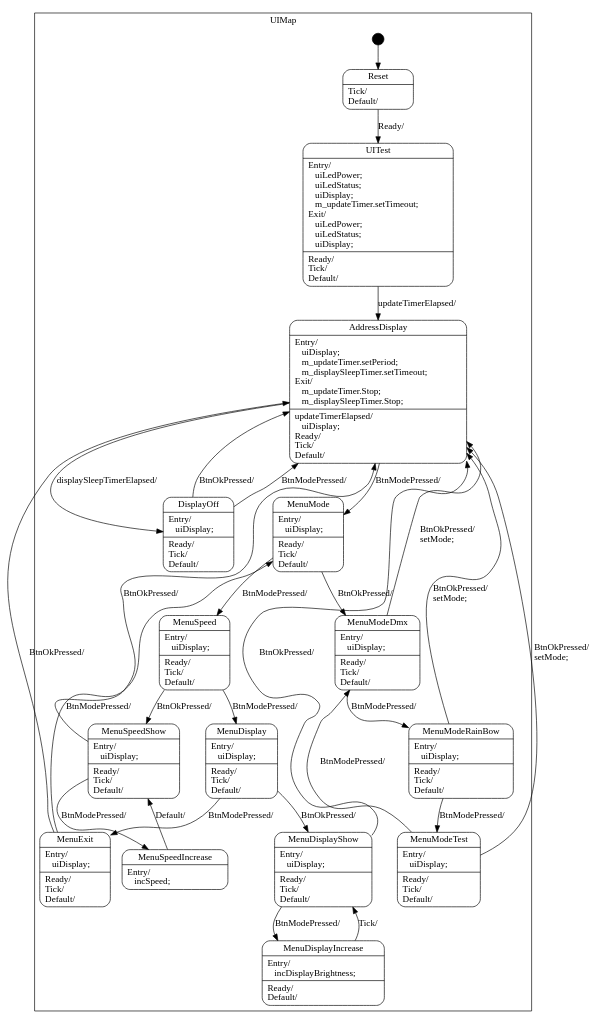
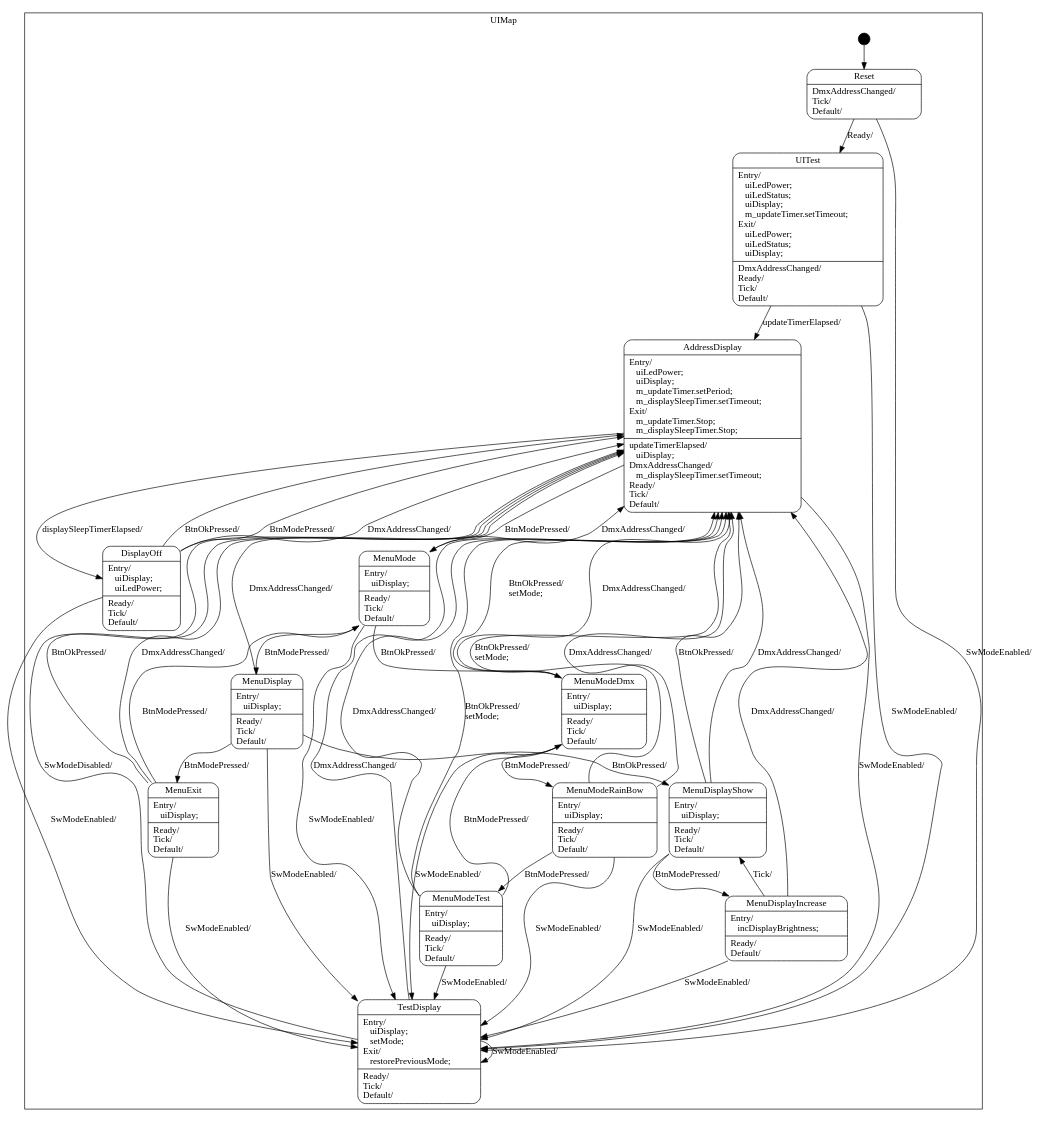
Before and after one commit to EmbeddedSystemClass/FootlooseLogoController: the diagram in SMC/UserInterfaceFSM.dot, drawn with Graphviz. The commit also changed 9 other files, not shown here.

Commit message:
Added UI states for test mode and wake up on dmx address change

```diff
--- a/SMC/UserInterfaceFSM.dot
+++ b/SMC/UserInterfaceFSM.dot
@@ -1,148 +1,198 @@
 digraph UserInterface {
 
     node
         [shape=Mrecord width=1.5];
 
     subgraph cluster_UIMap {
 
         label="UIMap";
 
         //
         // States (Nodes)
         //
 
         "UIMap::Reset"
-            [label="{Reset|Tick/\lDefault/\l}"];
+            [label="{Reset|DmxAddressChanged/\lTick/\lDefault/\l}"];
 
         "UIMap::UITest"
-            [label="{UITest|Entry/\l&nbsp;&nbsp;&nbsp;uiLedPower;\l&nbsp;&nbsp;&nbsp;uiLedStatus;\l&nbsp;&nbsp;&nbsp;uiDisplay;\l&nbsp;&nbsp;&nbsp;m_updateTimer.setTimeout;\lExit/\l&nbsp;&nbsp;&nbsp;uiLedPower;\l&nbsp;&nbsp;&nbsp;uiLedStatus;\l&nbsp;&nbsp;&nbsp;uiDisplay;\l|Ready/\lTick/\lDefault/\l}"];
+            [label="{UITest|Entry/\l&nbsp;&nbsp;&nbsp;uiLedPower;\l&nbsp;&nbsp;&nbsp;uiLedStatus;\l&nbsp;&nbsp;&nbsp;uiDisplay;\l&nbsp;&nbsp;&nbsp;m_updateTimer.setTimeout;\lExit/\l&nbsp;&nbsp;&nbsp;uiLedPower;\l&nbsp;&nbsp;&nbsp;uiLedStatus;\l&nbsp;&nbsp;&nbsp;uiDisplay;\l|DmxAddressChanged/\lReady/\lTick/\lDefault/\l}"];
 
         "UIMap::AddressDisplay"
-            [label="{AddressDisplay|Entry/\l&nbsp;&nbsp;&nbsp;uiDisplay;\l&nbsp;&nbsp;&nbsp;m_updateTimer.setPeriod;\l&nbsp;&nbsp;&nbsp;m_displaySleepTimer.setTimeout;\lExit/\l&nbsp;&nbsp;&nbsp;m_updateTimer.Stop;\l&nbsp;&nbsp;&nbsp;m_displaySleepTimer.Stop;\l|updateTimerElapsed/\l&nbsp;&nbsp;&nbsp;uiDisplay;\lReady/\lTick/\lDefault/\l}"];
+            [label="{AddressDisplay|Entry/\l&nbsp;&nbsp;&nbsp;uiLedPower;\l&nbsp;&nbsp;&nbsp;uiDisplay;\l&nbsp;&nbsp;&nbsp;m_updateTimer.setPeriod;\l&nbsp;&nbsp;&nbsp;m_displaySleepTimer.setTimeout;\lExit/\l&nbsp;&nbsp;&nbsp;m_updateTimer.Stop;\l&nbsp;&nbsp;&nbsp;m_displaySleepTimer.Stop;\l|updateTimerElapsed/\l&nbsp;&nbsp;&nbsp;uiDisplay;\lDmxAddressChanged/\l&nbsp;&nbsp;&nbsp;m_displaySleepTimer.setTimeout;\lReady/\lTick/\lDefault/\l}"];
 
         "UIMap::DisplayOff"
-            [label="{DisplayOff|Entry/\l&nbsp;&nbsp;&nbsp;uiDisplay;\l|Ready/\lTick/\lDefault/\l}"];
+            [label="{DisplayOff|Entry/\l&nbsp;&nbsp;&nbsp;uiDisplay;\l&nbsp;&nbsp;&nbsp;uiLedPower;\l|Ready/\lTick/\lDefault/\l}"];
+
+        "UIMap::TestDisplay"
+            [label="{TestDisplay|Entry/\l&nbsp;&nbsp;&nbsp;uiDisplay;\l&nbsp;&nbsp;&nbsp;setMode;\lExit/\l&nbsp;&nbsp;&nbsp;restorePreviousMode;\l|Ready/\lTick/\lDefault/\l}"];
 
         "UIMap::MenuMode"
             [label="{MenuMode|Entry/\l&nbsp;&nbsp;&nbsp;uiDisplay;\l|Ready/\lTick/\lDefault/\l}"];
-
-        "UIMap::MenuSpeed"
-            [label="{MenuSpeed|Entry/\l&nbsp;&nbsp;&nbsp;uiDisplay;\l|Ready/\lTick/\lDefault/\l}"];
 
         "UIMap::MenuDisplay"
             [label="{MenuDisplay|Entry/\l&nbsp;&nbsp;&nbsp;uiDisplay;\l|Ready/\lTick/\lDefault/\l}"];
 
         "UIMap::MenuExit"
             [label="{MenuExit|Entry/\l&nbsp;&nbsp;&nbsp;uiDisplay;\l|Ready/\lTick/\lDefault/\l}"];
 
         "UIMap::MenuModeDmx"
             [label="{MenuModeDmx|Entry/\l&nbsp;&nbsp;&nbsp;uiDisplay;\l|Ready/\lTick/\lDefault/\l}"];
 
         "UIMap::MenuModeRainBow"
             [label="{MenuModeRainBow|Entry/\l&nbsp;&nbsp;&nbsp;uiDisplay;\l|Ready/\lTick/\lDefault/\l}"];
 
         "UIMap::MenuModeTest"
             [label="{MenuModeTest|Entry/\l&nbsp;&nbsp;&nbsp;uiDisplay;\l|Ready/\lTick/\lDefault/\l}"];
 
-        "UIMap::MenuSpeedShow"
-            [label="{MenuSpeedShow|Entry/\l&nbsp;&nbsp;&nbsp;uiDisplay;\l|Ready/\lTick/\lDefault/\l}"];
-
-        "UIMap::MenuSpeedIncrease"
-            [label="{MenuSpeedIncrease|Entry/\l&nbsp;&nbsp;&nbsp;incSpeed;\l}"];
-
         "UIMap::MenuDisplayShow"
             [label="{MenuDisplayShow|Entry/\l&nbsp;&nbsp;&nbsp;uiDisplay;\l|Ready/\lTick/\lDefault/\l}"];
 
         "UIMap::MenuDisplayIncrease"
             [label="{MenuDisplayIncrease|Entry/\l&nbsp;&nbsp;&nbsp;incDisplayBrightness;\l|Ready/\lDefault/\l}"];
 
         "%start"
             [label="" shape=circle style=filled fillcolor=black width=0.25];
 
+        //
+        // Transitions (Edges)
+        //
+
+        "UIMap::Reset" -> "UIMap::UITest"
+            [label="Ready/\l"];
+
+        "UIMap::Reset" -> "UIMap::TestDisplay"
+            [label="SwModeEnabled/\l"];
+
+        "UIMap::UITest" -> "UIMap::AddressDisplay"
+            [label="updateTimerElapsed/\l"];
+
+        "UIMap::UITest" -> "UIMap::TestDisplay"
+            [label="SwModeEnabled/\l"];
+
+        "UIMap::AddressDisplay" -> "UIMap::DisplayOff"
+            [label="displaySleepTimerElapsed/\l"];
+
+        "UIMap::AddressDisplay" -> "UIMap::MenuMode"
+            [label="BtnModePressed/\l"];
+
+        "UIMap::AddressDisplay" -> "UIMap::TestDisplay"
+            [label="SwModeEnabled/\l"];
+
+        "UIMap::DisplayOff" -> "UIMap::AddressDisplay"
+            [label="BtnOkPressed/\l"];
+
+        "UIMap::DisplayOff" -> "UIMap::AddressDisplay"
+            [label="BtnModePressed/\l"];
+
+        "UIMap::DisplayOff" -> "UIMap::TestDisplay"
+            [label="SwModeEnabled/\l"];
+
+        "UIMap::DisplayOff" -> "UIMap::AddressDisplay"
+            [label="DmxAddressChanged/\l"];
+
+        "UIMap::TestDisplay" -> "UIMap::AddressDisplay"
+            [label="SwModeDisabled/\l"];
+
+        "UIMap::TestDisplay" -> "UIMap::TestDisplay"
+            [label="SwModeEnabled/\l"];
+
+        "UIMap::TestDisplay" -> "UIMap::AddressDisplay"
+            [label="DmxAddressChanged/\l"];
+
+        "UIMap::MenuMode" -> "UIMap::MenuModeDmx"
+            [label="BtnOkPressed/\l"];
+
+        "UIMap::MenuMode" -> "UIMap::MenuDisplay"
+            [label="BtnModePressed/\l"];
+
+        "UIMap::MenuMode" -> "UIMap::TestDisplay"
+            [label="SwModeEnabled/\l"];
+
+        "UIMap::MenuMode" -> "UIMap::AddressDisplay"
+            [label="DmxAddressChanged/\l"];
+
+        "UIMap::MenuDisplay" -> "UIMap::MenuDisplayShow"
+            [label="BtnOkPressed/\l"];
+
+        "UIMap::MenuDisplay" -> "UIMap::MenuExit"
+            [label="BtnModePressed/\l"];
+
+        "UIMap::MenuDisplay" -> "UIMap::TestDisplay"
+            [label="SwModeEnabled/\l"];
+
+        "UIMap::MenuDisplay" -> "UIMap::AddressDisplay"
+            [label="DmxAddressChanged/\l"];
+
+        "UIMap::MenuExit" -> "UIMap::AddressDisplay"
+            [label="BtnOkPressed/\l"];
+
+        "UIMap::MenuExit" -> "UIMap::MenuMode"
+            [label="BtnModePressed/\l"];
+
+        "UIMap::MenuExit" -> "UIMap::TestDisplay"
+            [label="SwModeEnabled/\l"];
+
+        "UIMap::MenuExit" -> "UIMap::AddressDisplay"
+            [label="DmxAddressChanged/\l"];
+
+        "UIMap::MenuModeDmx" -> "UIMap::MenuModeRainBow"
+            [label="BtnModePressed/\l"];
+
+        "UIMap::MenuModeDmx" -> "UIMap::AddressDisplay"
+            [label="BtnOkPressed/\lsetMode;\l"];
+
+        "UIMap::MenuModeDmx" -> "UIMap::TestDisplay"
+            [label="SwModeEnabled/\l"];
+
+        "UIMap::MenuModeDmx" -> "UIMap::AddressDisplay"
+            [label="DmxAddressChanged/\l"];
+
+        "UIMap::MenuModeRainBow" -> "UIMap::MenuModeTest"
+            [label="BtnModePressed/\l"];
+
+        "UIMap::MenuModeRainBow" -> "UIMap::AddressDisplay"
+            [label="BtnOkPressed/\lsetMode;\l"];
+
+        "UIMap::MenuModeRainBow" -> "UIMap::TestDisplay"
+            [label="SwModeEnabled/\l"];
+
+        "UIMap::MenuModeRainBow" -> "UIMap::AddressDisplay"
+            [label="DmxAddressChanged/\l"];
+
+        "UIMap::MenuModeTest" -> "UIMap::MenuModeDmx"
+            [label="BtnModePressed/\l"];
+
+        "UIMap::MenuModeTest" -> "UIMap::AddressDisplay"
+            [label="BtnOkPressed/\lsetMode;\l"];
+
+        "UIMap::MenuModeTest" -> "UIMap::TestDisplay"
+            [label="SwModeEnabled/\l"];
+
+        "UIMap::MenuModeTest" -> "UIMap::AddressDisplay"
+            [label="DmxAddressChanged/\l"];
+
+        "UIMap::MenuDisplayShow" -> "UIMap::MenuDisplayIncrease"
+            [label="BtnModePressed/\l"];
+
+        "UIMap::MenuDisplayShow" -> "UIMap::AddressDisplay"
+            [label="BtnOkPressed/\l"];
+
+        "UIMap::MenuDisplayShow" -> "UIMap::TestDisplay"
+            [label="SwModeEnabled/\l"];
+
+        "UIMap::MenuDisplayShow" -> "UIMap::AddressDisplay"
+            [label="DmxAddressChanged/\l"];
+
+        "UIMap::MenuDisplayIncrease" -> "UIMap::MenuDisplayShow"
+            [label="Tick/\l"];
+
+        "UIMap::MenuDisplayIncrease" -> "UIMap::TestDisplay"
+            [label="SwModeEnabled/\l"];
+
+        "UIMap::MenuDisplayIncrease" -> "UIMap::AddressDisplay"
+            [label="DmxAddressChanged/\l"];
+
+        "%start" -> "UIMap::Reset"
     }
 
-    //
-    // Transitions (Edges)
-    //
-
-    "UIMap::Reset" -> "UIMap::UITest"
-        [label="Ready/\l"];
-
-    "UIMap::UITest" -> "UIMap::AddressDisplay"
-        [label="updateTimerElapsed/\l"];
-
-    "UIMap::AddressDisplay" -> "UIMap::DisplayOff"
-        [label="displaySleepTimerElapsed/\l"];
-
-    "UIMap::AddressDisplay" -> "UIMap::MenuMode"
-        [label="BtnModePressed/\l"];
-
-    "UIMap::DisplayOff" -> "UIMap::AddressDisplay"
-        [label="BtnOkPressed/\l"];
-
-    "UIMap::DisplayOff" -> "UIMap::AddressDisplay"
-        [label="BtnModePressed/\l"];
-
-    "UIMap::MenuMode" -> "UIMap::MenuModeDmx"
-        [label="BtnOkPressed/\l"];
-
-    "UIMap::MenuMode" -> "UIMap::MenuSpeed"
-        [label="BtnModePressed/\l"];
-
-    "UIMap::MenuSpeed" -> "UIMap::MenuSpeedShow"
-        [label="BtnOkPressed/\l"];
-
-    "UIMap::MenuSpeed" -> "UIMap::MenuDisplay"
-        [label="BtnModePressed/\l"];
-
-    "UIMap::MenuDisplay" -> "UIMap::MenuDisplayShow"
-        [label="BtnOkPressed/\l"];
-
-    "UIMap::MenuDisplay" -> "UIMap::MenuExit"
-        [label="BtnModePressed/\l"];
-
-    "UIMap::MenuExit" -> "UIMap::AddressDisplay"
-        [label="BtnOkPressed/\l"];
-
-    "UIMap::MenuExit" -> "UIMap::MenuMode"
-        [label="BtnModePressed/\l"];
-
-    "UIMap::MenuModeDmx" -> "UIMap::MenuModeRainBow"
-        [label="BtnModePressed/\l"];
-
-    "UIMap::MenuModeDmx" -> "UIMap::AddressDisplay"
-        [label="BtnOkPressed/\lsetMode;\l"];
-
-    "UIMap::MenuModeRainBow" -> "UIMap::MenuModeTest"
-        [label="BtnModePressed/\l"];
-
-    "UIMap::MenuModeRainBow" -> "UIMap::AddressDisplay"
-        [label="BtnOkPressed/\lsetMode;\l"];
-
-    "UIMap::MenuModeTest" -> "UIMap::MenuModeDmx"
-        [label="BtnModePressed/\l"];
-
-    "UIMap::MenuModeTest" -> "UIMap::AddressDisplay"
-        [label="BtnOkPressed/\lsetMode;\l"];
-
-    "UIMap::MenuSpeedShow" -> "UIMap::MenuSpeedIncrease"
-        [label="BtnModePressed/\l"];
-
-    "UIMap::MenuSpeedShow" -> "UIMap::AddressDisplay"
-        [label="BtnOkPressed/\l"];
-
-    "UIMap::MenuSpeedIncrease" -> "UIMap::MenuSpeedShow"
-        [label="Default/\l"];
-
-    "UIMap::MenuDisplayShow" -> "UIMap::MenuDisplayIncrease"
-        [label="BtnModePressed/\l"];
-
-    "UIMap::MenuDisplayShow" -> "UIMap::AddressDisplay"
-        [label="BtnOkPressed/\l"];
-
-    "UIMap::MenuDisplayIncrease" -> "UIMap::MenuDisplayShow"
-        [label="Tick/\l"];
-
-    "%start" -> "UIMap::Reset"
-
 }
```
